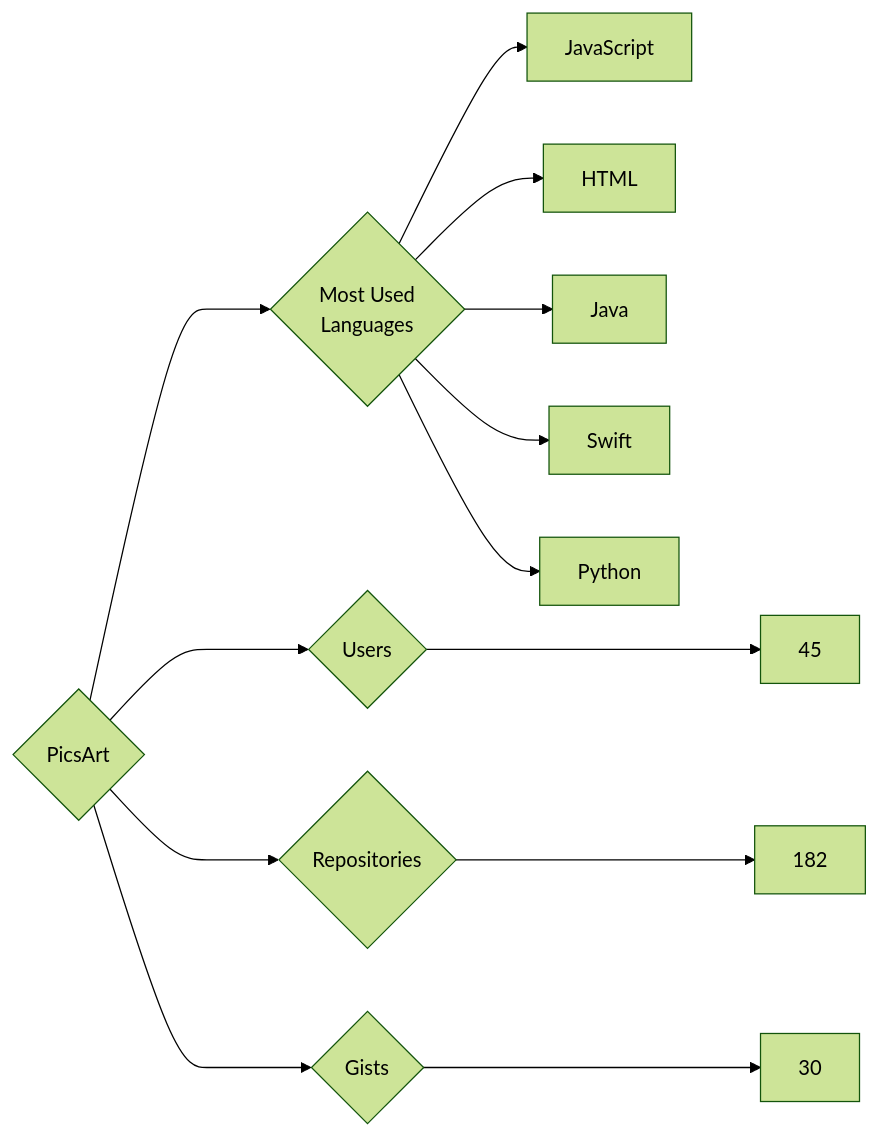
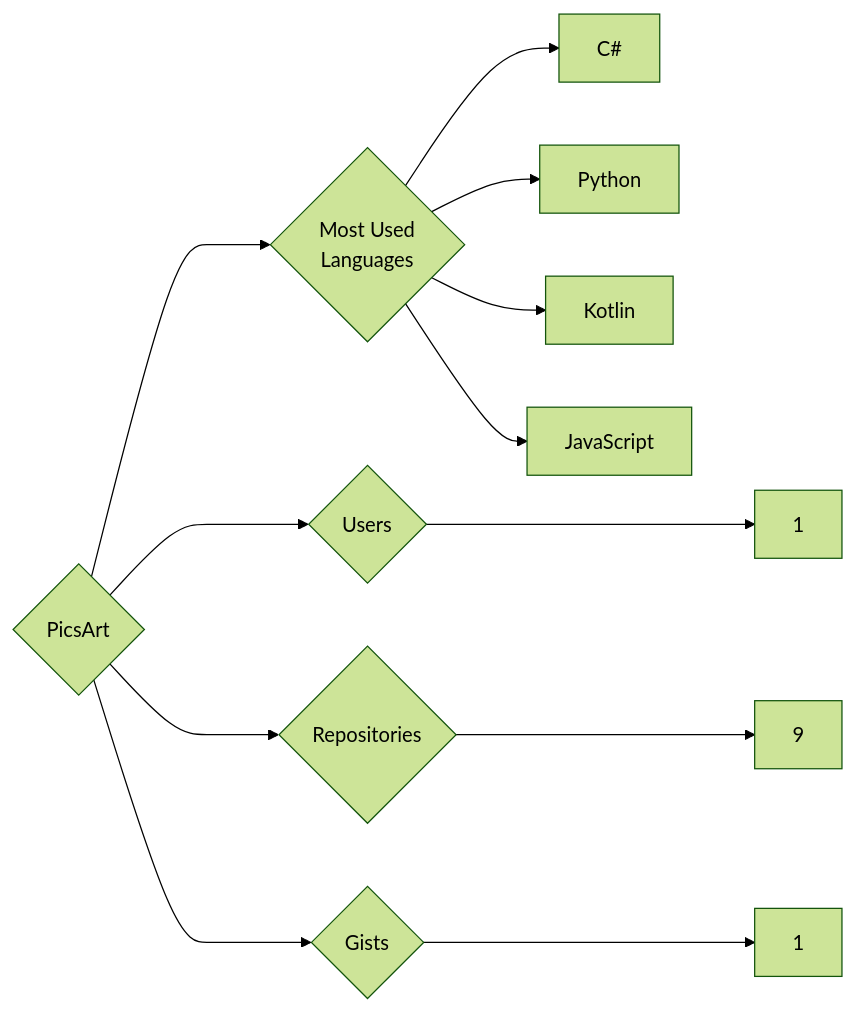
Before and after one commit to trickest/insiders: the diagram in targets/PicsArt/README.md, drawn with Mermaid (forest theme). The commit also changed 939 other files, not shown here.

````diff
--- a/targets/PicsArt/README.md
+++ b/targets/PicsArt/README.md
@@ -3,13 +3,12 @@
 ```mermaid
 graph LR
 COMPANY_NAME{PicsArt}
-COMPANY_NAME ---> U{Users} ---> UN[45]
-COMPANY_NAME ---> R{Repositories} ---> RN[182]
-COMPANY_NAME ---> G{Gists} ---> GN[30]
+COMPANY_NAME ---> U{Users} ---> UN[1]
+COMPANY_NAME ---> R{Repositories} ---> RN[9]
+COMPANY_NAME ---> G{Gists} ---> GN[1]
 COMPANY_NAME ---> ML{Most Used<br>Languages}
+ML --> C#[C#]
+ML --> Python[Python]
+ML --> Kotlin[Kotlin]
 ML --> JavaScript[JavaScript]
-ML --> HTML[HTML]
-ML --> Java[Java]
-ML --> Swift[Swift]
-ML --> Python[Python]
 ```
````
